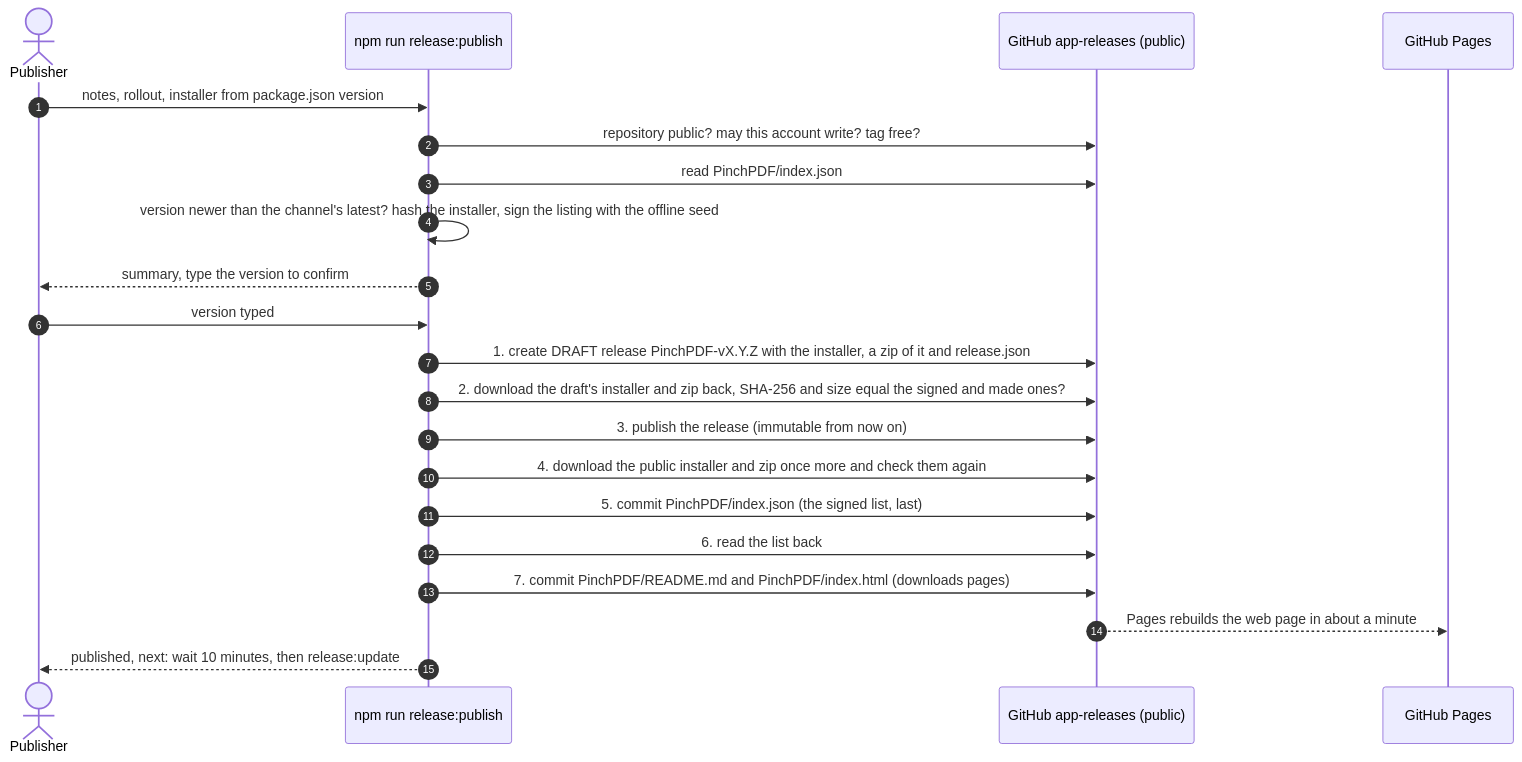
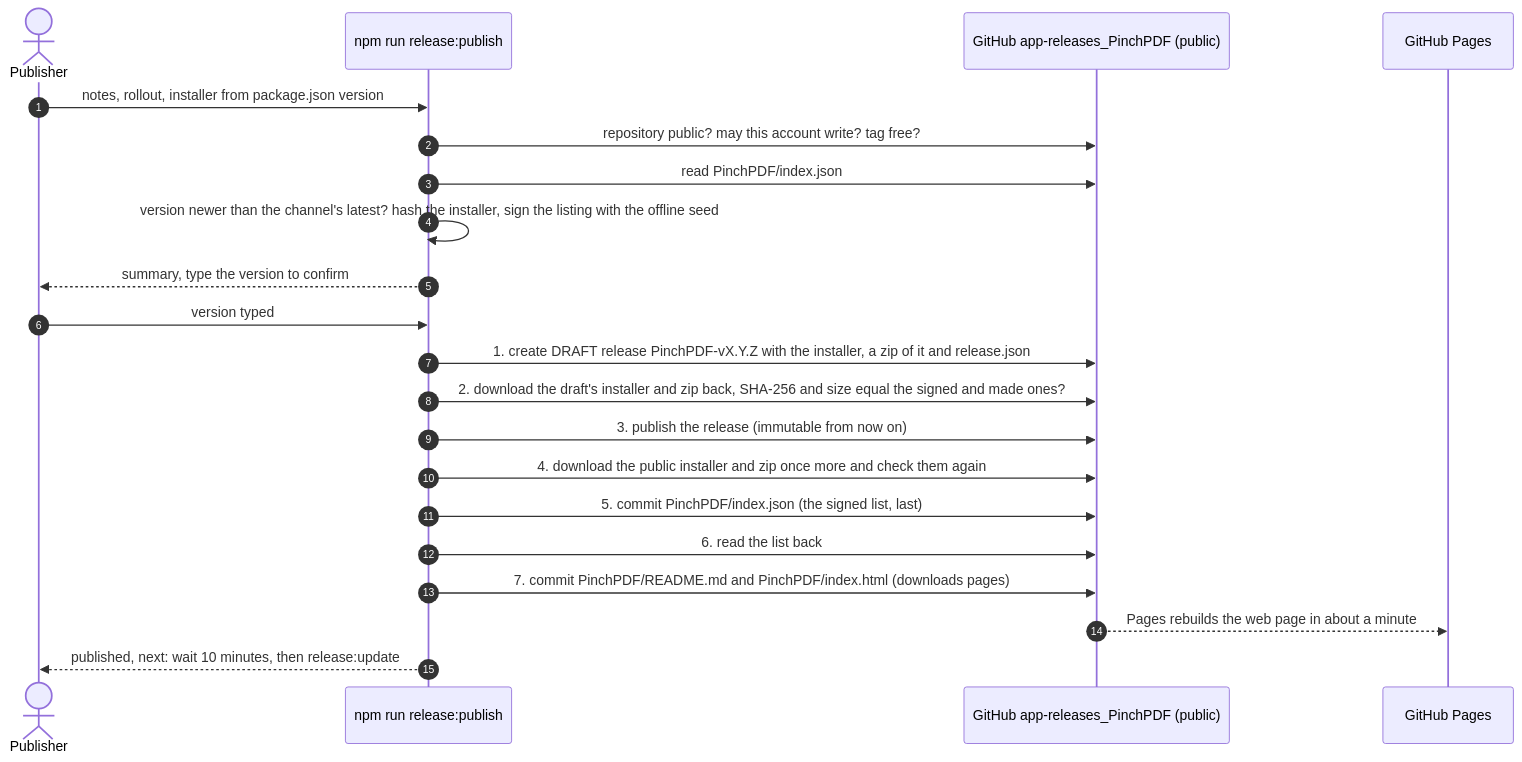
One commit to technowizsolutionsllp/TWS-Website changed the third of 7 diagrams in docs/UPDATE_FLOW.md. Above: the diagram before and after it, drawn with Mermaid. The commit also changed other lines of this file and 20 other files, not shown here.

````diff
--- a/docs/UPDATE_FLOW.md
+++ b/docs/UPDATE_FLOW.md
@@ -145,24 +145,24 @@
 ```mermaid
 sequenceDiagram
     autonumber
     actor Pub as Publisher
     participant CLI as npm run release:publish
-    participant GH as GitHub app-releases (public)
+    participant GH as GitHub app-releases_PinchPDF (public)
     participant Pages as GitHub Pages
 
     Pub->>CLI: notes, rollout, installer from package.json version
     CLI->>GH: repository public? may this account write? tag free?
     CLI->>GH: read PinchPDF/index.json
     CLI->>CLI: version newer than the channel's latest? hash the installer, sign the listing with the offline seed
     CLI-->>Pub: summary, type the version to confirm
     Pub->>CLI: version typed
     CLI->>GH: 1. create DRAFT release PinchPDF-vX.Y.Z with the installer, a zip of it and release.json
     CLI->>GH: 2. download the draft's installer and zip back, SHA-256 and size equal the signed and made ones?
     CLI->>GH: 3. publish the release (immutable from now on)
     CLI->>GH: 4. download the public installer and zip once more and check them again
     CLI->>GH: 5. commit PinchPDF/index.json (the signed list, last)
     CLI->>GH: 6. read the list back
     CLI->>GH: 7. commit PinchPDF/README.md and PinchPDF/index.html (downloads pages)
     GH-->>Pages: Pages rebuilds the web page in about a minute
     CLI-->>Pub: published, next: wait 10 minutes, then release:update
 ```
````
